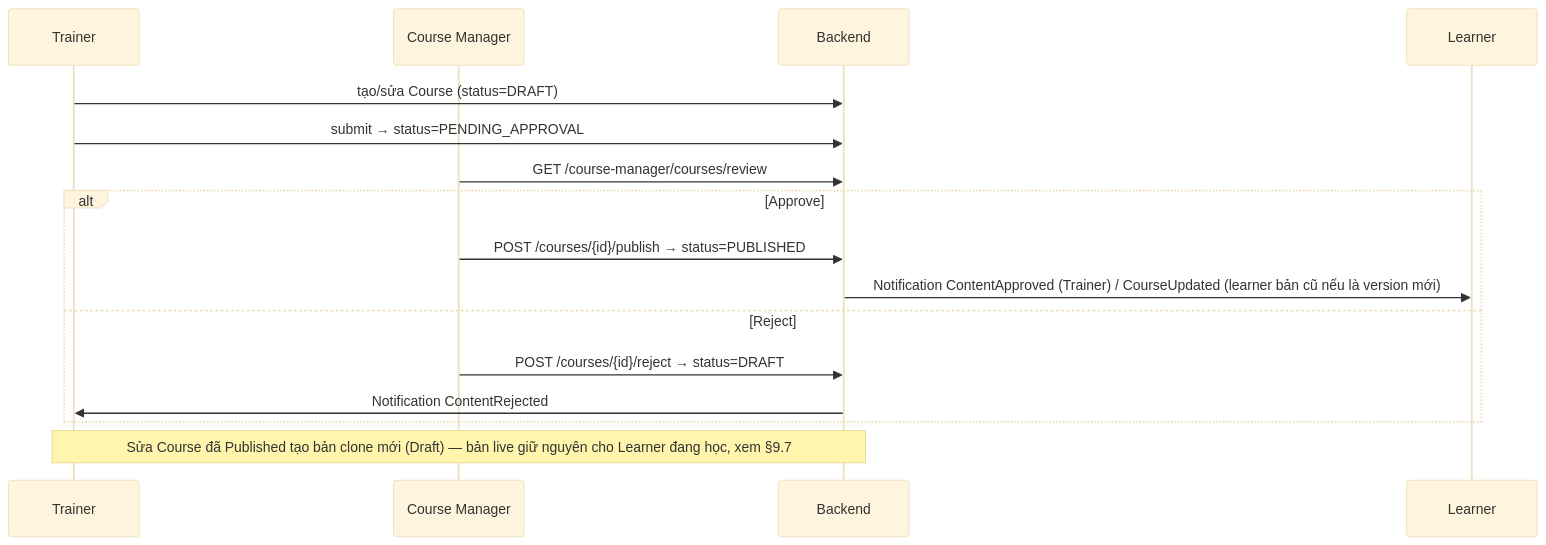
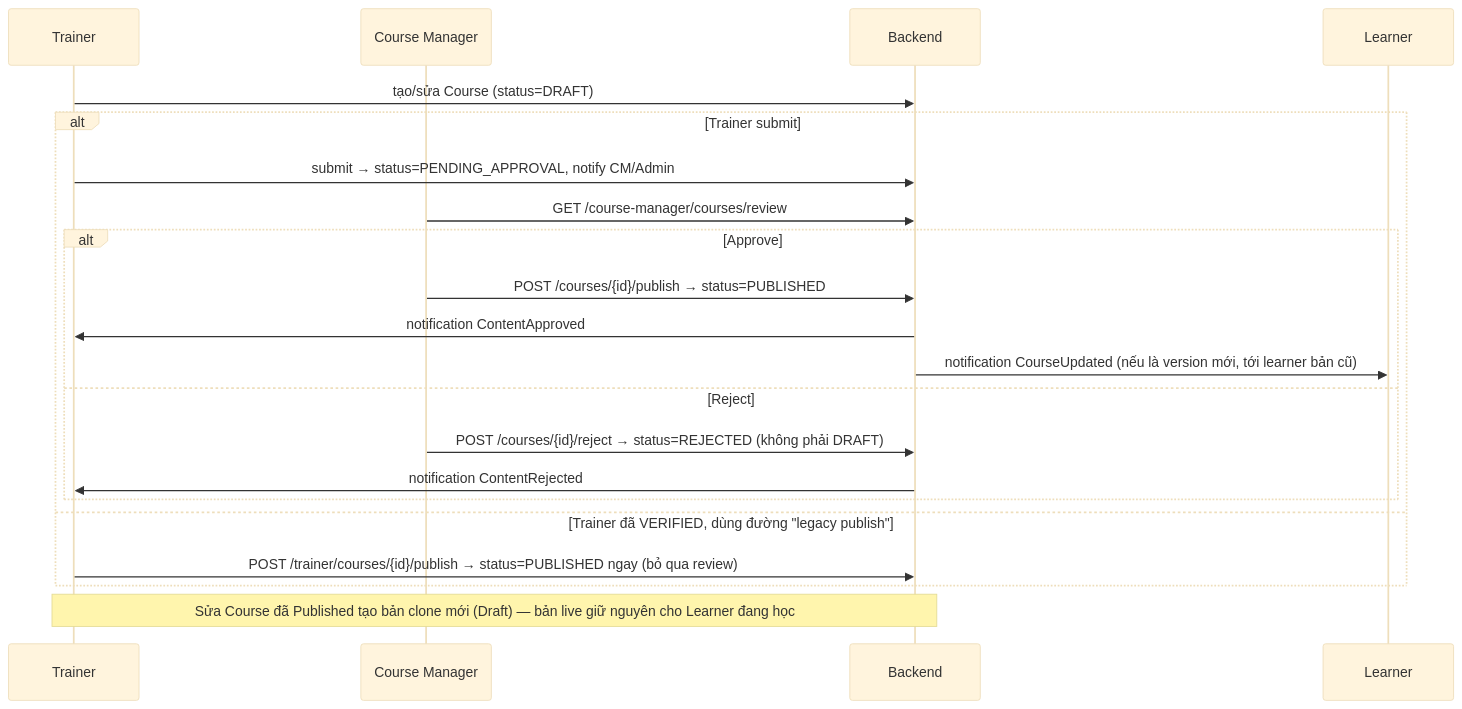
One commit to thanhthaoqn/HanGo changed the third of 5 diagrams in doc/HanGo_Documentation.md. Above: the diagram before and after it, drawn with Mermaid (base theme). The commit also changed other lines of this file and 124 other files, not shown here.

````diff
--- a/doc/HanGo_Documentation.md
+++ b/doc/HanGo_Documentation.md
@@ -915,19 +1144,24 @@
 ```mermaid
 sequenceDiagram
     participant T as Trainer
     participant CM as Course Manager
     participant BE as Backend
     participant L as Learner
 
     T->>BE: tạo/sửa Course (status=DRAFT)
-    T->>BE: submit → status=PENDING_APPROVAL
-    CM->>BE: GET /course-manager/courses/review
-    alt Approve
-        CM->>BE: POST /courses/{id}/publish → status=PUBLISHED
-        BE->>L: Notification ContentApproved (Trainer) / CourseUpdated (learner bản cũ nếu là version mới)
-    else Reject
-        CM->>BE: POST /courses/{id}/reject → status=DRAFT
-        BE->>T: Notification ContentRejected
+    alt Trainer submit
+        T->>BE: submit → status=PENDING_APPROVAL, notify CM/Admin
+        CM->>BE: GET /course-manager/courses/review
+        alt Approve
+            CM->>BE: POST /courses/{id}/publish → status=PUBLISHED
+            BE->>T: notification ContentApproved
+            BE->>L: notification CourseUpdated (nếu là version mới, tới learner bản cũ)
+        else Reject
+            CM->>BE: POST /courses/{id}/reject → status=REJECTED (không phải DRAFT)
+            BE->>T: notification ContentRejected
+        end
+    else Trainer đã VERIFIED, dùng đường "legacy publish"
+        T->>BE: POST /trainer/courses/{id}/publish → status=PUBLISHED ngay (bỏ qua review)
     end
-    Note over T,BE: Sửa Course đã Published tạo bản clone mới (Draft) — bản live giữ nguyên cho Learner đang học, xem §9.7
+    Note over T,BE: Sửa Course đã Published tạo bản clone mới (Draft) — bản live giữ nguyên cho Learner đang học
 ```
````
